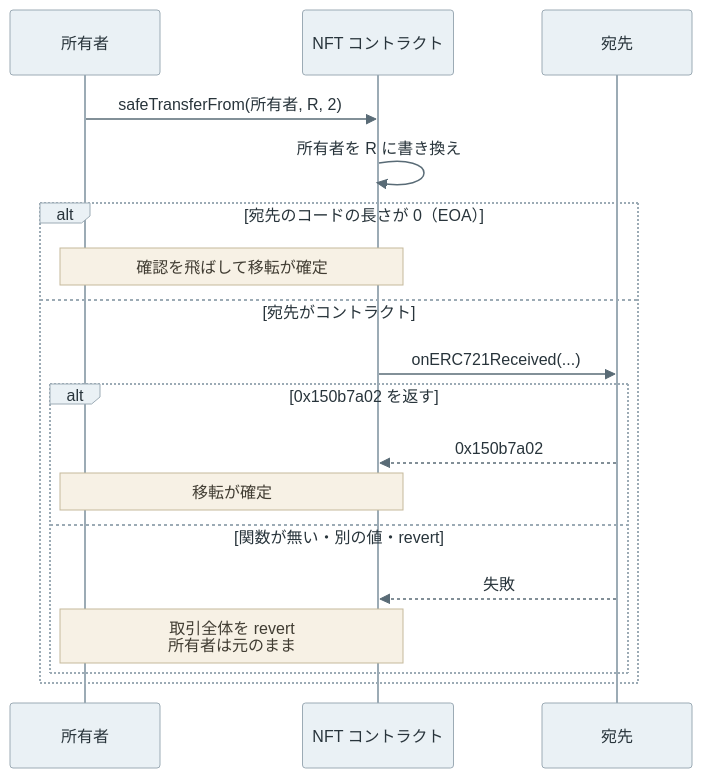
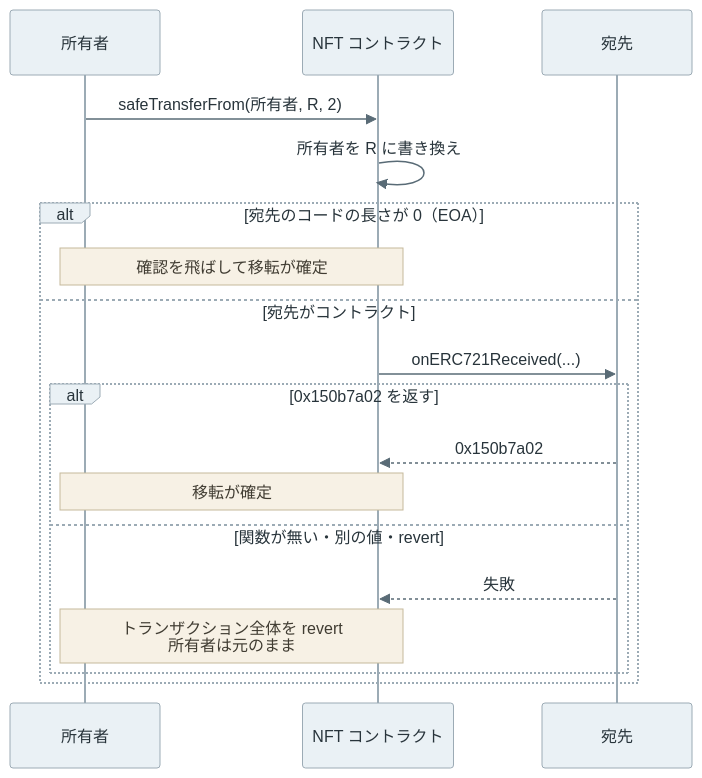
One commit to nao1215/debimate changed the diagram in content/notes/blockchain-systems/erc-721/index.md. Above: the diagram before and after it, drawn with Mermaid. The commit also changed other lines of this file and 129 other files, not shown here.

````diff
--- a/content/notes/blockchain-systems/erc-721/index.md
+++ b/content/notes/blockchain-systems/erc-721/index.md
@@ -85,21 +85,21 @@
 ```mermaid
 %%{init: {"theme":"base","themeVariables":{"primaryColor":"#eaf1f5","primaryTextColor":"#28343b","primaryBorderColor":"#9cabb5","lineColor":"#596b76","textColor":"#28343b","actorBkg":"#eaf1f5","actorBorder":"#9cabb5","actorTextColor":"#28343b","actorLineColor":"#9cabb5","signalColor":"#596b76","signalTextColor":"#28343b","noteBkgColor":"#f7f1e5","noteBorderColor":"#c5b99b","noteTextColor":"#403c32"}}}%%
 sequenceDiagram
     participant A as 所有者
     participant N as NFT コントラクト
     participant R as 宛先
     A->>N: safeTransferFrom(所有者, R, 2)
     N->>N: 所有者を R に書き換え
     alt 宛先のコードの長さが 0（EOA）
         Note over A,N: 確認を飛ばして移転が確定
     else 宛先がコントラクト
         N->>R: onERC721Received(...)
         alt 0x150b7a02 を返す
             R-->>N: 0x150b7a02
             Note over A,N: 移転が確定
         else 関数が無い・別の値・revert
             R-->>N: 失敗
-            Note over A,N: 取引全体を revert<br/>所有者は元のまま
+            Note over A,N: トランザクション全体を revert<br/>所有者は元のまま
         end
     end
 ```
````
